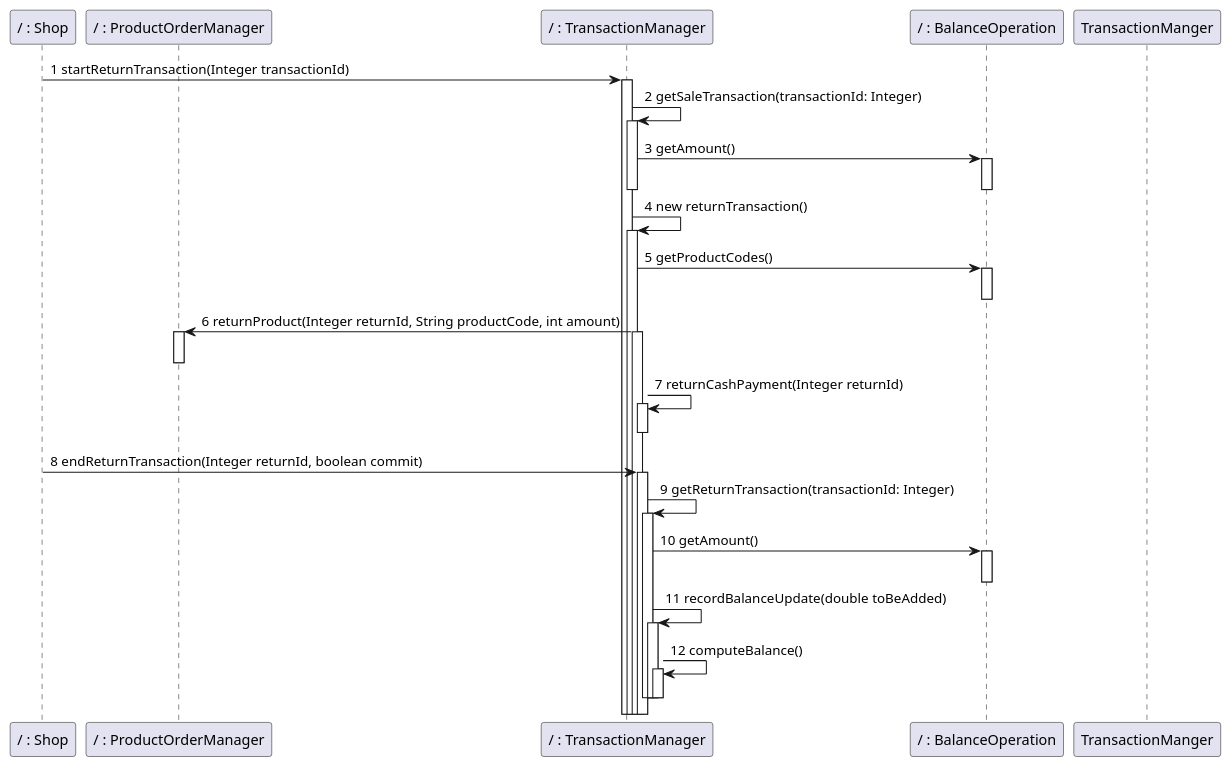
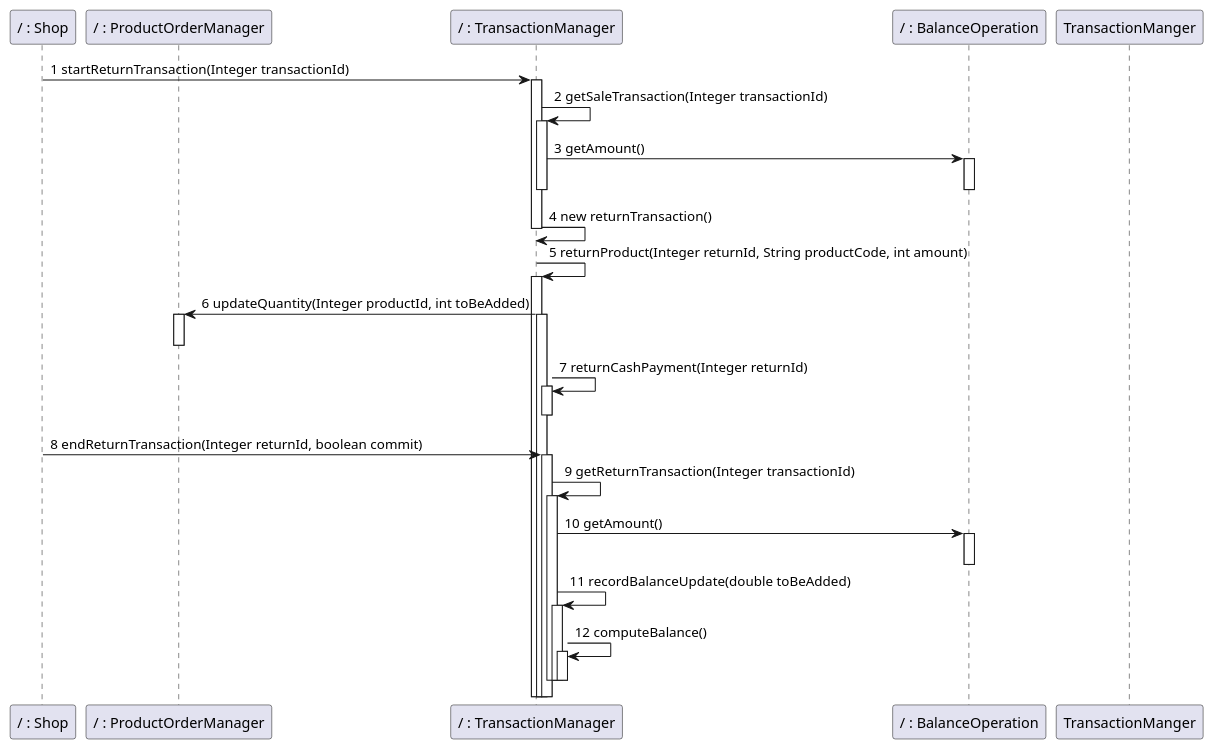
Before and after one commit to nicolabattaglino/ezshop: diagram 31 of 34 in Deliverables/DesignDocument.md, drawn with PlantUML. The commit also changed other lines of this file, not shown here.

````diff
--- a/Deliverables/DesignDocument.md
+++ b/Deliverables/DesignDocument.md
@@ -1561,45 +1560,44 @@
 ```plantuml
 @startuml
 
 participant "/ : Shop" as Shop
 participant "/ : ProductOrderManager" as ProductOrderManager
 participant "/ : TransactionManager" as TransactionManager
 participant "/ : BalanceOperation" as BalanceOperation
 Shop -> TransactionManager:1 startReturnTransaction(Integer transactionId)
 activate TransactionManager
-TransactionManager -> TransactionManager:2 getSaleTransaction(transactionId: Integer)
+TransactionManager -> TransactionManager:2 getSaleTransaction(Integer transactionId)
 activate TransactionManager
 TransactionManager -> BalanceOperation :3 getAmount()
 activate BalanceOperation
 deactivate BalanceOperation
 deactivate TransactionManager
 TransactionManager -> TransactionManager:4 new returnTransaction()
+deactivate TransactionManager
+TransactionManager -> TransactionManager:5 returnProduct(Integer returnId, String productCode, int amount)
 activate TransactionManager
-TransactionManager -> BalanceOperation :5 getProductCodes()
-activate BalanceOperation
-deactivate BalanceOperation
-TransactionManager -> ProductOrderManager:6 returnProduct(Integer returnId, String productCode, int amount)
+TransactionManager -> ProductOrderManager:6 updateQuantity(Integer productId, int toBeAdded)
 activate ProductOrderManager
 deactivate ProductOrderManager
 activate TransactionManager
 TransactionManager -> TransactionManager:7 returnCashPayment(Integer returnId)
 activate TransactionManager
 deactivate TransactionManager 
 Shop -> TransactionManager:8 endReturnTransaction(Integer returnId, boolean commit)
 activate TransactionManager
-TransactionManager -> TransactionManager:9 getReturnTransaction(transactionId: Integer)
+TransactionManager -> TransactionManager:9 getReturnTransaction(Integer transactionId)
 activate TransactionManager
 TransactionManager -> BalanceOperation :10 getAmount()
 activate BalanceOperation
 deactivate BalanceOperation
 deactivate TransactionManger 
 TransactionManager -> TransactionManager:11 recordBalanceUpdate(double toBeAdded)
 activate TransactionManager
 TransactionManager -> TransactionManager:12 computeBalance()
 activate TransactionManager
 deactivate TransactionManager
 deactivate TransactionManager
 deactivate TransactionManager 
 
 @enduml
 ```
````
